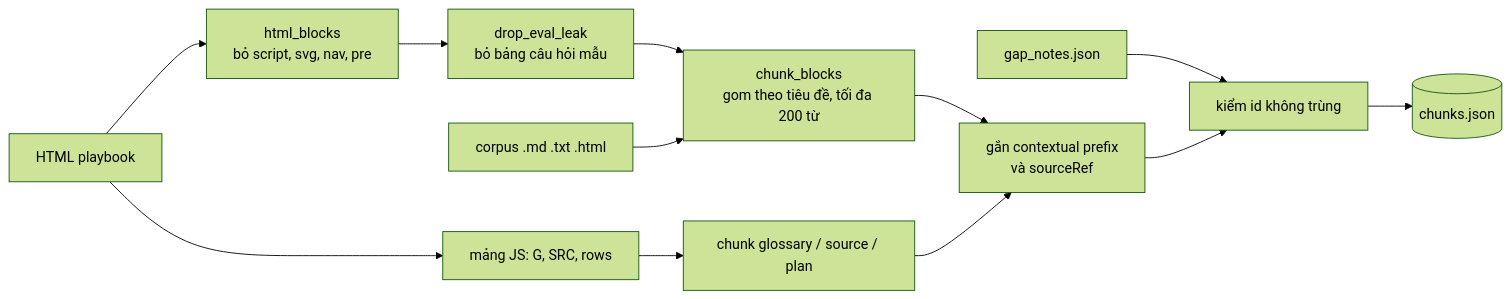
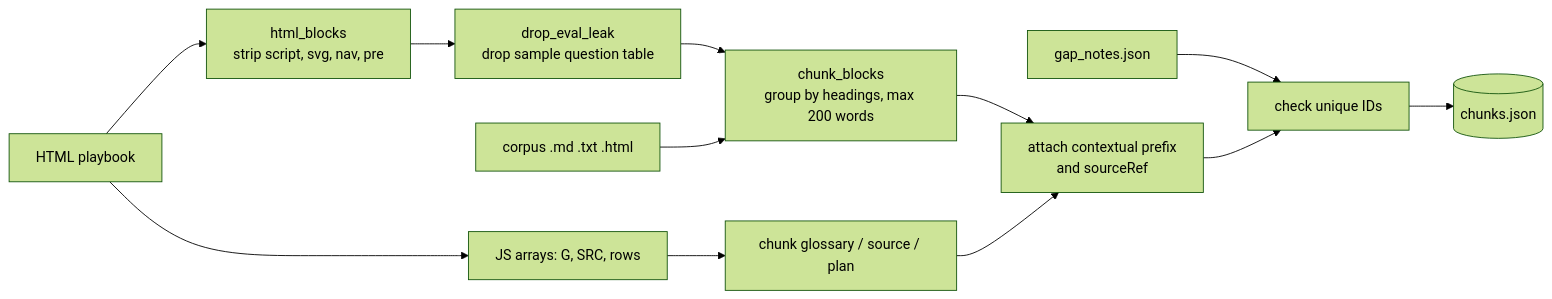
Before and after one commit to bachkhmt/TourbillionSG-FlameInFreefall: the second of 3 diagrams in playbook-rag/docs/ARCHITECTURE.md, drawn with Mermaid (forest theme). The commit also changed other lines of this file and 53 other files, not shown here.

````diff
--- a/playbook-rag/docs/ARCHITECTURE.md
+++ b/playbook-rag/docs/ARCHITECTURE.md
@@ -41,13 +41,13 @@
 ```mermaid
 flowchart LR
-  A["HTML playbook"] --> B["html_blocks<br/>bỏ script, svg, nav, pre"]
-  A --> J["mảng JS: G, SRC, rows"]
-  B --> L["drop_eval_leak<br/>bỏ bảng câu hỏi mẫu"]
-  L --> C["chunk_blocks<br/>gom theo tiêu đề, tối đa 200 từ"]
+  A["HTML playbook"] --> B["html_blocks<br/>strip script, svg, nav, pre"]
+  A --> J["JS arrays: G, SRC, rows"]
+  B --> L["drop_eval_leak<br/>drop sample question table"]
+  L --> C["chunk_blocks<br/>group by headings, max 200 words"]
   J --> D["chunk glossary / source / plan"]
   M["corpus .md .txt .html"] --> C
-  C --> E["gắn contextual prefix<br/>và sourceRef"]
+  C --> E["attach contextual prefix<br/>and sourceRef"]
   D --> E
   G["gap_notes.json"] --> F
-  E --> F["kiểm id không trùng"] --> O[("chunks.json")]
+  E --> F["check unique IDs"] --> O[("chunks.json")]
 ```
````
